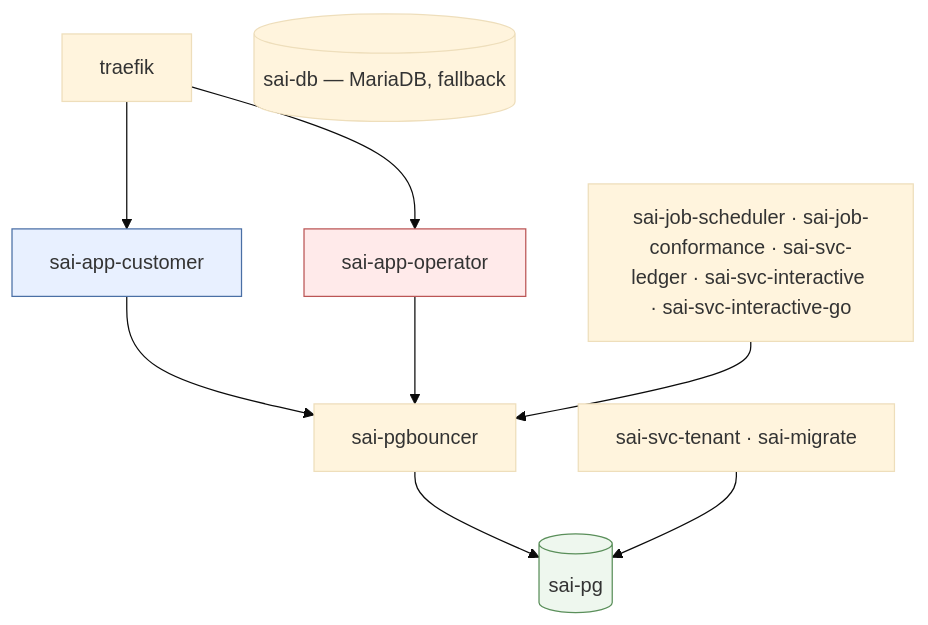
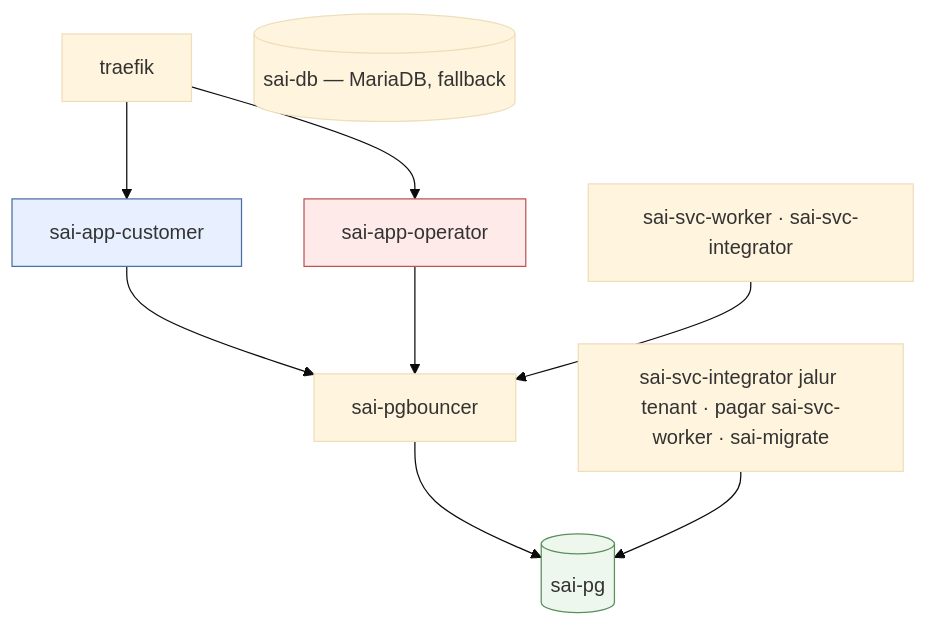
The first of 5 diagrams in docs/arsitektur/02-LAYANAN-INFRA.md (tri-evendi/sai-accounting), drawn with Mermaid (base theme) before and after one commit. The commit also changed other lines of this file and 67 other files, not shown here.

First line of the commit message:
feat(layanan): 1 image = 1 container — svc-worker + svc-integrator; -backup berbagi lapisan -migrator

````diff
--- a/docs/arsitektur/02-LAYANAN-INFRA.md
+++ b/docs/arsitektur/02-LAYANAN-INFRA.md
@@ -60,15 +61,15 @@
 ```mermaid
 graph TB
     TR[traefik] --> WEBC[sai-app-customer]
     TR --> WEBO[sai-app-operator]
     WEBC --> PGB[sai-pgbouncer]
     WEBO --> PGB
-    JOB[sai-job-scheduler · sai-job-conformance · sai-svc-ledger · sai-svc-interactive · sai-svc-interactive-go] --> PGB
+    JOB[sai-svc-worker · sai-svc-integrator] --> PGB
     PGB --> PG[(sai-pg)]
-    LANGSUNG[sai-svc-tenant · sai-migrate] --> PG
+    LANGSUNG[sai-svc-integrator jalur tenant · pagar sai-svc-worker · sai-migrate] --> PG
     OLD[(sai-db — MariaDB, fallback)]
 
     style WEBC fill:#e8f0ff,stroke:#4a6fa5
     style WEBO fill:#ffeaea,stroke:#b55
     style PG fill:#eef7ee,stroke:#5a8f5a
 ```
````
